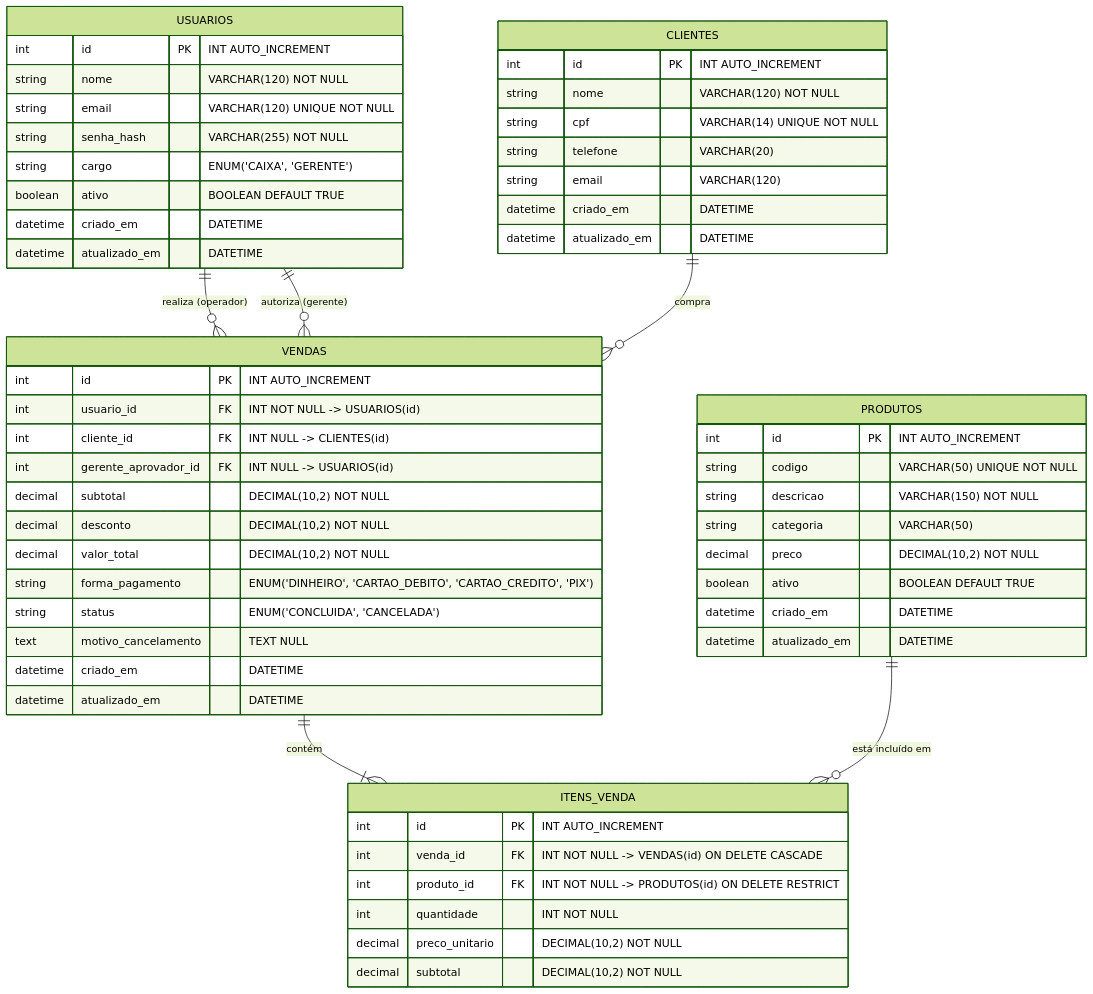
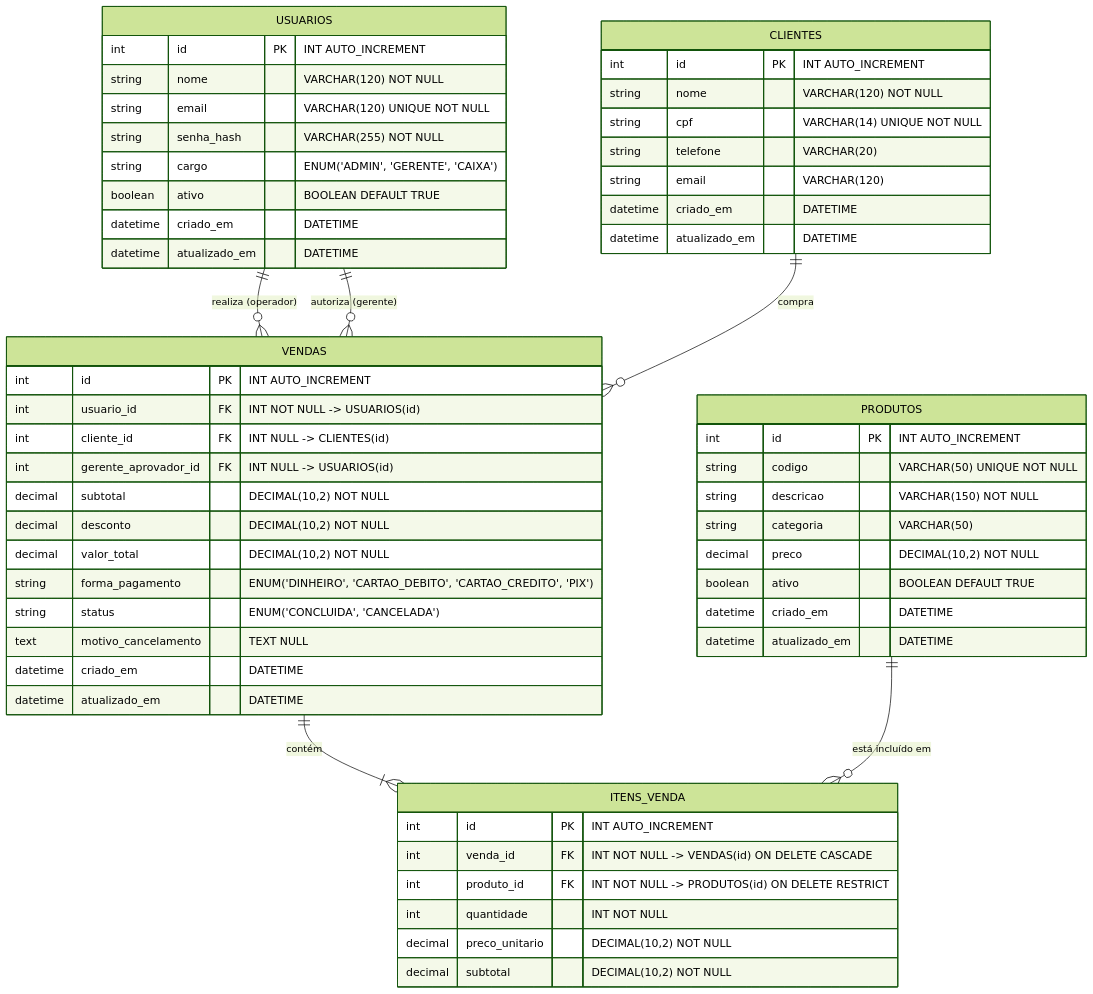
One commit to alebypegasus/MS--Vestuario changed the diagram in documentação/s01/02-modelagem-e-der.md. Above: the diagram before and after it, drawn with Mermaid (forest theme). The commit also changed other lines of this file and 23 other files, not shown here.

Commit message:
feat: implement user and product management modules with authentication and database schema

````diff
--- a/documentação/s01/02-modelagem-e-der.md
+++ b/documentação/s01/02-modelagem-e-der.md
@@ -44,64 +44,64 @@
 ```mermaid
 erDiagram
     USUARIOS ||--o{ VENDAS : "realiza (operador)"
     USUARIOS ||--o{ VENDAS : "autoriza (gerente)"
     CLIENTES ||--o{ VENDAS : "compra"
     VENDAS ||--|{ ITENS_VENDA : "contém"
     PRODUTOS ||--o{ ITENS_VENDA : "está incluído em"
 
     USUARIOS {
         int id PK "INT AUTO_INCREMENT"
         string nome "VARCHAR(120) NOT NULL"
         string email "VARCHAR(120) UNIQUE NOT NULL"
         string senha_hash "VARCHAR(255) NOT NULL"
-        string cargo "ENUM('CAIXA', 'GERENTE')"
+        string cargo "ENUM('ADMIN', 'GERENTE', 'CAIXA')"
         boolean ativo "BOOLEAN DEFAULT TRUE"
         datetime criado_em "DATETIME"
         datetime atualizado_em "DATETIME"
     }
 
     CLIENTES {
         int id PK "INT AUTO_INCREMENT"
         string nome "VARCHAR(120) NOT NULL"
         string cpf "VARCHAR(14) UNIQUE NOT NULL"
         string telefone "VARCHAR(20)"
         string email "VARCHAR(120)"
         datetime criado_em "DATETIME"
         datetime atualizado_em "DATETIME"
     }
 
     PRODUTOS {
         int id PK "INT AUTO_INCREMENT"
         string codigo "VARCHAR(50) UNIQUE NOT NULL"
         string descricao "VARCHAR(150) NOT NULL"
         string categoria "VARCHAR(50)"
         decimal preco "DECIMAL(10,2) NOT NULL"
         boolean ativo "BOOLEAN DEFAULT TRUE"
         datetime criado_em "DATETIME"
         datetime atualizado_em "DATETIME"
     }
 
     VENDAS {
         int id PK "INT AUTO_INCREMENT"
         int usuario_id FK "INT NOT NULL -> USUARIOS(id)"
         int cliente_id FK "INT NULL -> CLIENTES(id)"
         int gerente_aprovador_id FK "INT NULL -> USUARIOS(id)"
         decimal subtotal "DECIMAL(10,2) NOT NULL"
         decimal desconto "DECIMAL(10,2) NOT NULL"
         decimal valor_total "DECIMAL(10,2) NOT NULL"
         string forma_pagamento "ENUM('DINHEIRO', 'CARTAO_DEBITO', 'CARTAO_CREDITO', 'PIX')"
         string status "ENUM('CONCLUIDA', 'CANCELADA')"
         text motivo_cancelamento "TEXT NULL"
         datetime criado_em "DATETIME"
         datetime atualizado_em "DATETIME"
     }
 
     ITENS_VENDA {
         int id PK "INT AUTO_INCREMENT"
         int venda_id FK "INT NOT NULL -> VENDAS(id) ON DELETE CASCADE"
         int produto_id FK "INT NOT NULL -> PRODUTOS(id) ON DELETE RESTRICT"
         int quantidade "INT NOT NULL"
         decimal preco_unitario "DECIMAL(10,2) NOT NULL"
         decimal subtotal "DECIMAL(10,2) NOT NULL"
     }
 ```
````
